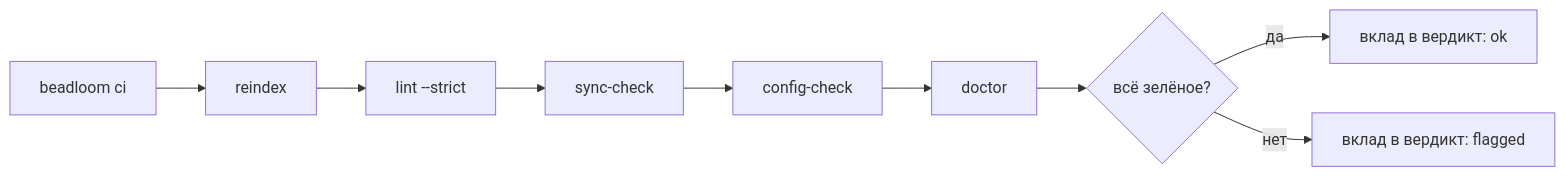
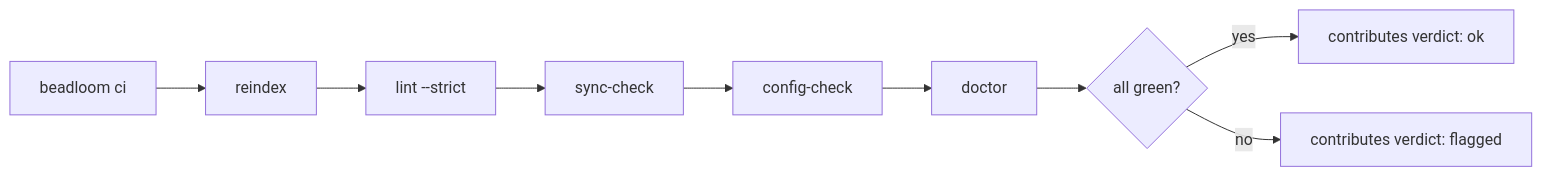
Before and after one commit to zoologov/beadloom: the ninth of 10 diagrams in docs/guides/multi-agent-development.md, drawn with Mermaid. The commit also changed other lines of this file and 134 other files, not shown here.

````diff
--- a/docs/guides/multi-agent-development.md
+++ b/docs/guides/multi-agent-development.md
@@ -451,12 +453,12 @@
 ```mermaid
 flowchart LR
   CI["beadloom ci"] --> R["reindex"]
   R --> L["lint --strict"]
   L --> S["sync-check"]
   S --> C["config-check"]
   C --> D["doctor"]
 
-  D --> GREEN{"всё зелёное?"}
-  GREEN -->|да| OK["вклад в вердикт: ok"]
-  GREEN -->|нет| FLAG["вклад в вердикт: flagged"]
+  D --> GREEN{"all green?"}
+  GREEN -->|yes| OK["contributes verdict: ok"]
+  GREEN -->|no| FLAG["contributes verdict: flagged"]
 ```
````
